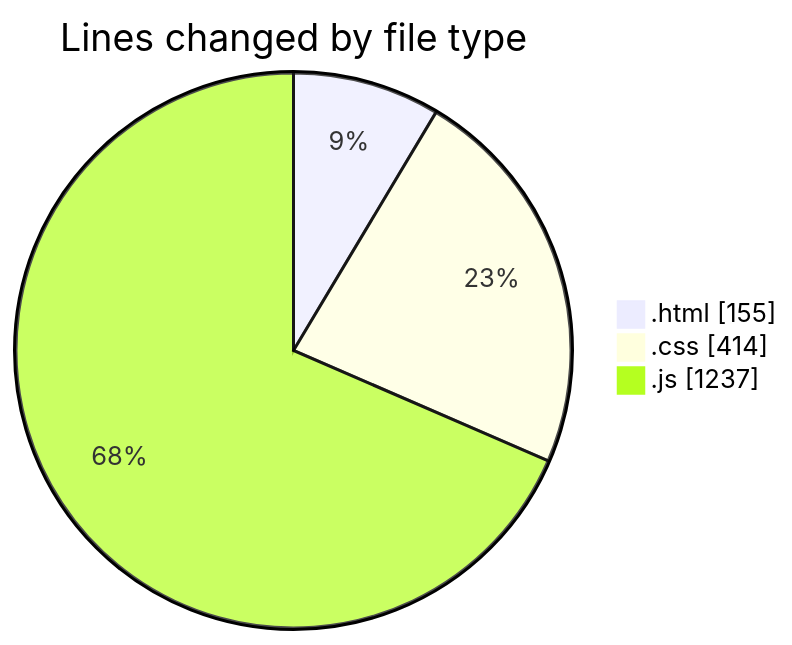
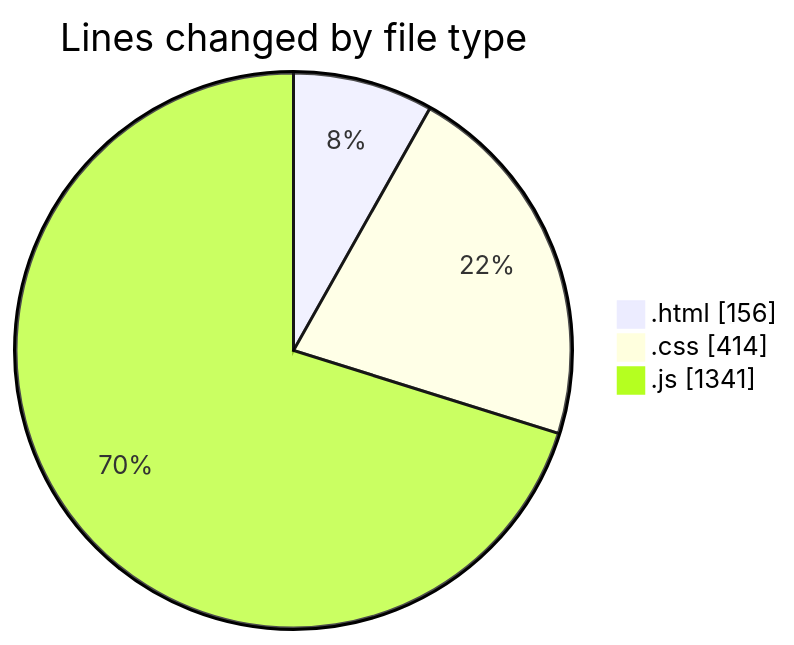
The first of 2 diagrams in 2025-03-03/snake-game/README.md (robertbonfada/code-tracking), drawn with Mermaid before and after one commit. The commit also changed other lines of this file and 1 other file, not shown here.

````diff
--- a/2025-03-03/snake-game/README.md
+++ b/2025-03-03/snake-game/README.md
@@ -24,7 +24,7 @@
 ```mermaid
 pie showData
 title Lines changed by file type
-".html" : 155
+".html" : 156
 ".css" : 414
-".js" : 1237
+".js" : 1341
 ```
````
